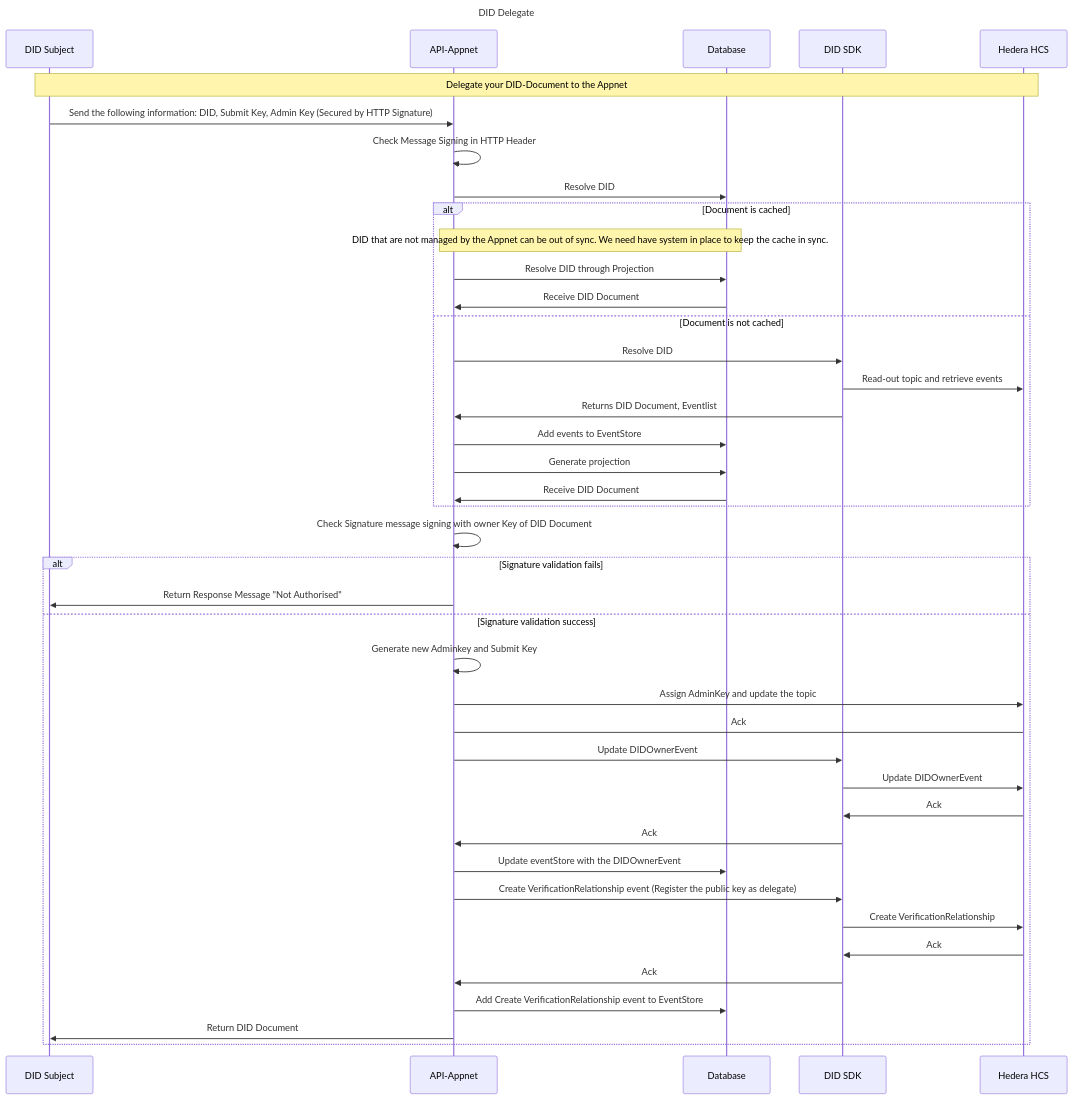
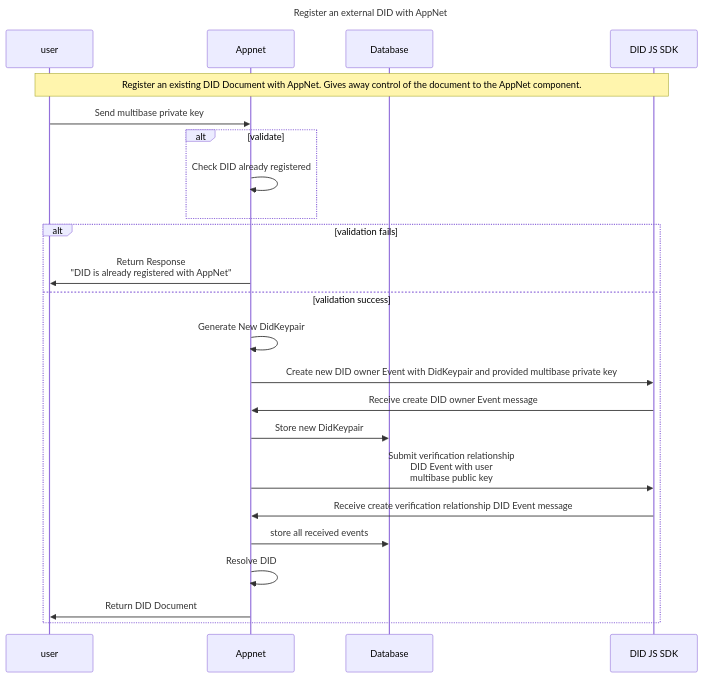
One commit to Meeco/hedera-did-identity-network changed the diagram in documentation/diagrams/did-delegate.mmd. Above: the diagram before and after it, drawn with Mermaid.

```diff
--- a/documentation/diagrams/did-delegate.mmd
+++ b/documentation/diagrams/did-delegate.mmd
@@ -1,45 +1,27 @@
 sequenceDiagram
-Title: DID Delegate
+Title: Register an external DID with AppNet
 
-participant Subject as DID Subject
-participant API as API-Appnet
-participant Database as Database
-participant DIDSDK as DID SDK
-participant HCS as Hedera HCS
+participant user as user
+participant API as Appnet
+participant DB as Database
+participant SDK as DID JS SDK
 
 
-note over Subject,HCS: Delegate your DID-Document to the Appnet
-Subject ->> API: Send the following information: DID, Submit Key, Admin Key (Secured by HTTP Signature)
-API ->> API: Check Message Signing in HTTP Header
-API ->> Database: Resolve DID
-alt Document is cached
-note over API,Database: DID that are not managed by the Appnet can be out of sync. We need have system in place to keep the cache in sync.
-API ->> Database: Resolve DID through Projection
-Database ->> API: Receive DID Document
-else Document is not cached
-API ->> DIDSDK:  Resolve DID
-DIDSDK ->> HCS:  Read-out topic and retrieve events
-DIDSDK ->> API: Returns DID Document, Eventlist
-API ->> Database: Add events to EventStore
-API ->> Database: Generate projection
-Database ->> API: Receive DID Document
+note over user, SDK: Register an existing DID Document with AppNet. Gives away control of the document to the AppNet component.
+user ->> API: Send multibase private key
+alt validate
+API ->> API: Check DID already registered 
+end 
+alt validation fails
+API ->> user: Return Response <br> "DID is already registered with AppNet"
+else validation success
+API ->> API: Generate  New DidKeypair
+API ->> SDK: Create new DID owner Event with DidKeypair and provided multibase private key
+SDK ->> API: Receive create DID owner Event message 
+API ->> DB: Store new DidKeypair
+API ->> SDK:  Submit verification relationship <br> DID Event with user <br> multibase public key
+SDK ->> API: Receive create verification relationship DID Event message
+API ->> DB: store all received events
+API ->> API: Resolve DID
+API ->> user: Return DID Document
 end
-API ->> API: Check Signature message signing with owner Key of DID Document
-alt Signature validation fails
-API ->> Subject: Return Response Message "Not Authorised"
-else Signature validation success
-API ->> API: Generate new Adminkey and Submit Key
-API ->> HCS: Assign AdminKey and update the topic
-HCS -> API: Ack
-API ->> DIDSDK: Update DIDOwnerEvent
-DIDSDK ->> HCS: Update DIDOwnerEvent
-HCS ->> DIDSDK: Ack
-DIDSDK ->> API: Ack
-API ->> Database: Update eventStore with the DIDOwnerEvent
-API ->> DIDSDK: Create VerificationRelationship event (Register the public key as delegate)
-DIDSDK ->> HCS: Create VerificationRelationship
-HCS ->> DIDSDK: Ack
-DIDSDK ->> API: Ack
-API ->> Database: Add Create VerificationRelationship event to EventStore
-API ->> Subject: Return DID Document
-end
```
